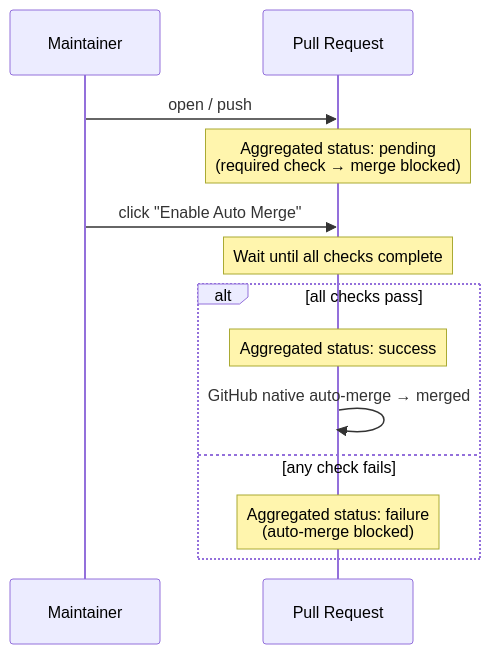
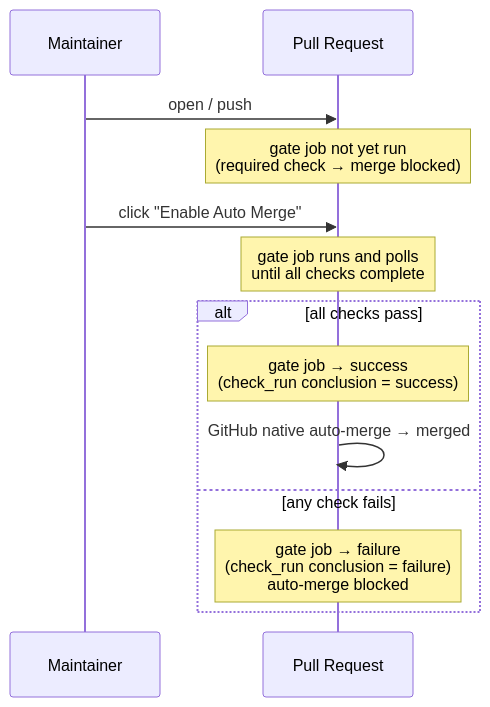
Before and after one commit to pkgdeps/check-suite-gate: the diagram in README.md, drawn with Mermaid. The commit also changed other lines of this file and 5 other files, not shown here.

First line of the commit message:
feat!: drop fork-policy, gate via job exit code (v2 breaking change)

````diff
--- a/README.md
+++ b/README.md
@@ -17,18 +20,18 @@
 ```mermaid
 sequenceDiagram
     participant U as Maintainer
     participant PR as Pull Request
 
     U->>PR: open / push
-    Note over PR: Aggregated status: pending<br/>(required check → merge blocked)
+    Note over PR: gate job not yet run<br/>(required check → merge blocked)
 
     U->>PR: click "Enable Auto Merge"
-    Note over PR: Wait until all checks complete
+    Note over PR: gate job runs and polls<br/>until all checks complete
 
     alt all checks pass
-        Note over PR: Aggregated status: success
+        Note over PR: gate job → success<br/>(check_run conclusion = success)
         PR->>PR: GitHub native auto-merge → merged
     else any check fails
-        Note over PR: Aggregated status: failure<br/>(auto-merge blocked)
+        Note over PR: gate job → failure<br/>(check_run conclusion = failure)<br/>auto-merge blocked
     end
 ```
````
